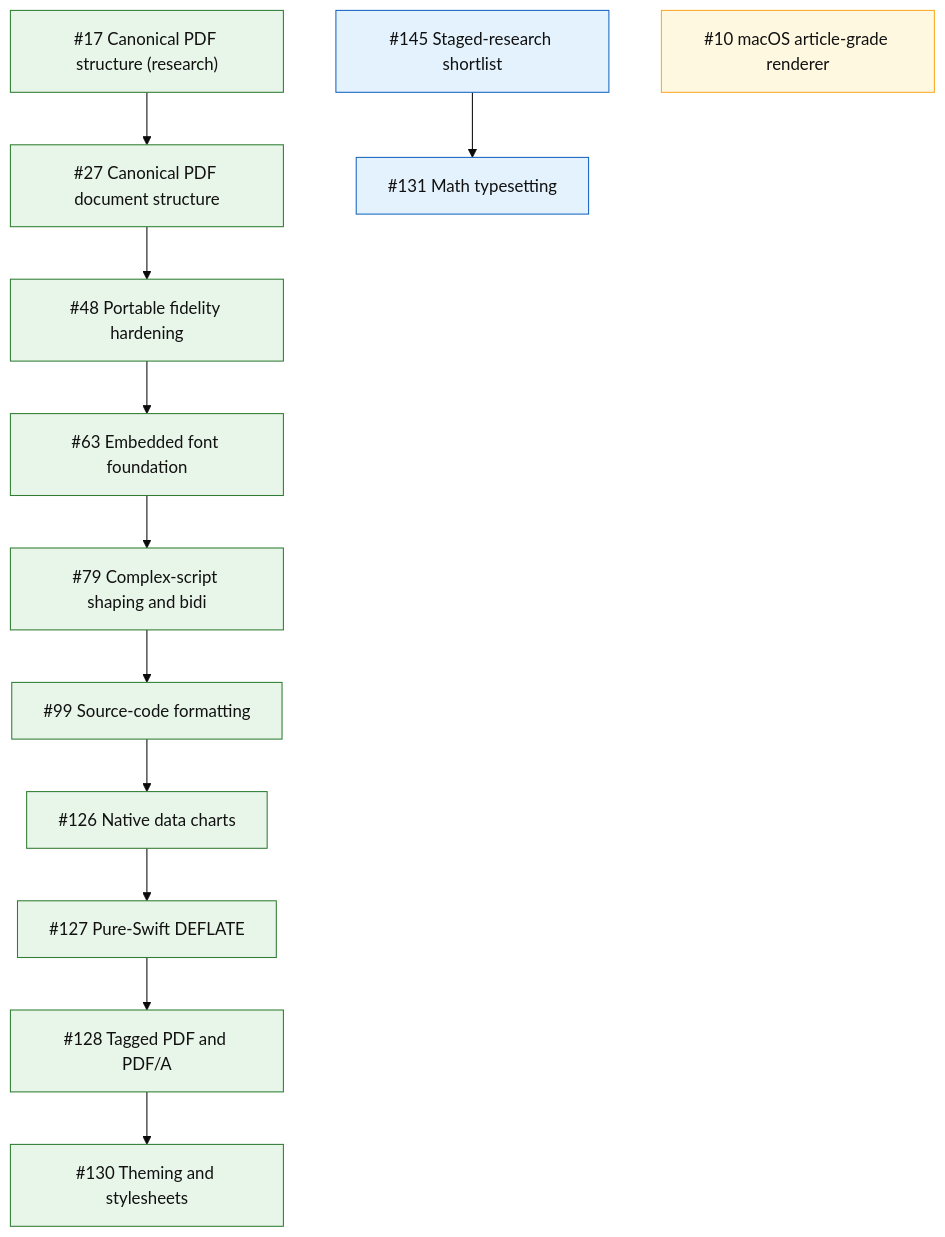
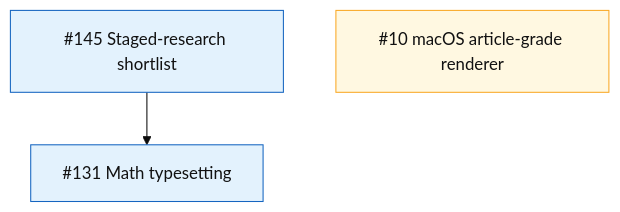
Before and after one commit to mihaelamj/MarkdownPDF: the second of 5 diagrams in README.md, drawn with Mermaid (base theme). The commit also changed other lines of this file and 2 other files, not shown here.

First line of the commit message:
docs: 0.2.0 release notes; trim closed epics from the roadmap

````diff
--- a/README.md
+++ b/README.md
@@ -468,29 +470,17 @@
 ```mermaid
 flowchart TD
-    E17["#17 Canonical PDF structure (research)"]
-    E27["#27 Canonical PDF document structure"]
-    E48["#48 Portable fidelity hardening"]
-    E63["#63 Embedded font foundation"]
-    E79["#79 Complex-script shaping and bidi"]
-    E99["#99 Source-code formatting"]
-    E126["#126 Native data charts"]
-    E127["#127 Pure-Swift DEFLATE"]
-    E128["#128 Tagged PDF and PDF/A"]
-    E130["#130 Theming and stylesheets"]
     E145["#145 Staged-research shortlist"]
     E131["#131 Math typesetting"]
     E10["#10 macOS article-grade renderer"]
 
-    E17 --> E27 --> E48 --> E63 --> E79 --> E99 --> E126 --> E127 --> E128 --> E130
     E145 --> E131
     E10
 
     classDef done fill:#e8f5e9,stroke:#2e7d32,color:#111;
     classDef active fill:#e3f2fd,stroke:#1565c0,color:#111;
     classDef review fill:#f3e5f5,stroke:#7b1fa2,color:#111;
     classDef next fill:#fff8e1,stroke:#f9a825,color:#111;
     classDef todo fill:#eef3ff,stroke:#3367d6,color:#111;
-    class E17,E27,E48,E63,E79,E99,E126,E127,E128,E130 done;
     class E145,E131 active;
     class E10 next;
 ```
````
